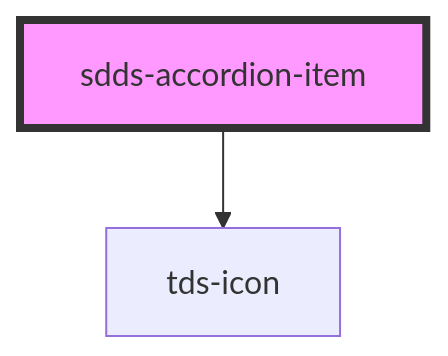
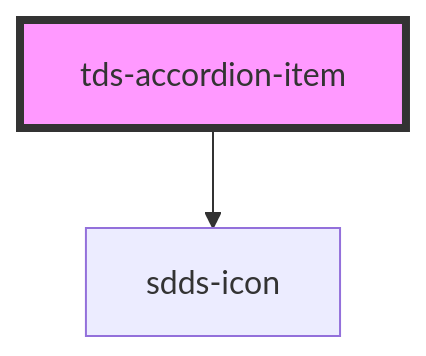
Before and after one commit to scania-digital-design-system/tegel: the diagram in core/src/components/accordion/accordion-item/readme.md, drawn with Mermaid. The commit also changed other lines of this file and 10 other files, not shown here.

````diff
--- a/core/src/components/accordion/accordion-item/readme.md
+++ b/core/src/components/accordion/accordion-item/readme.md
@@ -45,5 +46,5 @@
 ```mermaid
 graph TD;
-  sdds-accordion-item --> tds-icon
-  style sdds-accordion-item fill:#f9f,stroke:#333,stroke-width:4px
+  tds-accordion-item --> sdds-icon
+  style tds-accordion-item fill:#f9f,stroke:#333,stroke-width:4px
 ```
````
